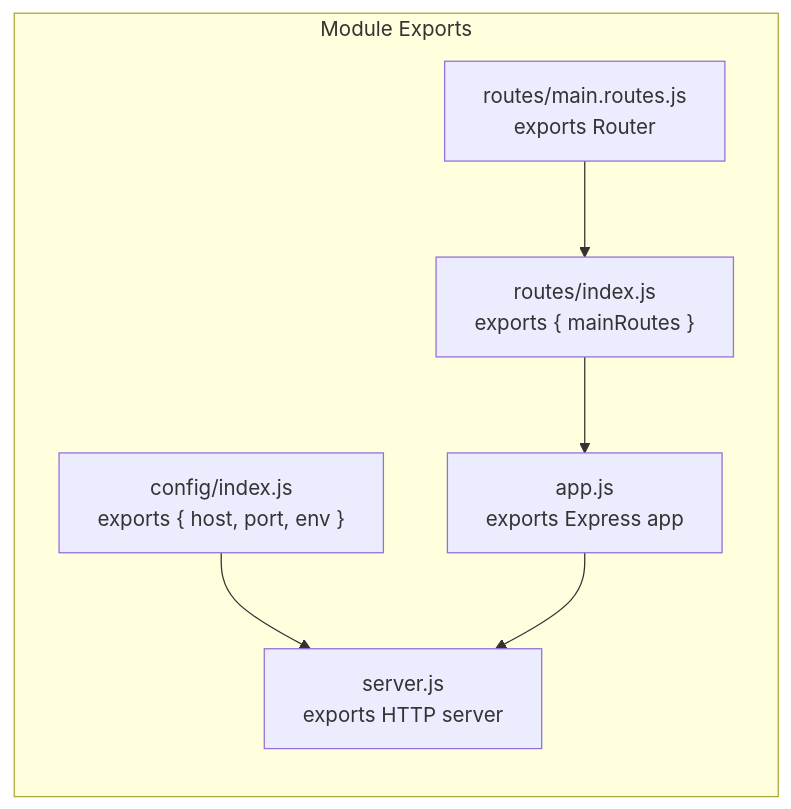
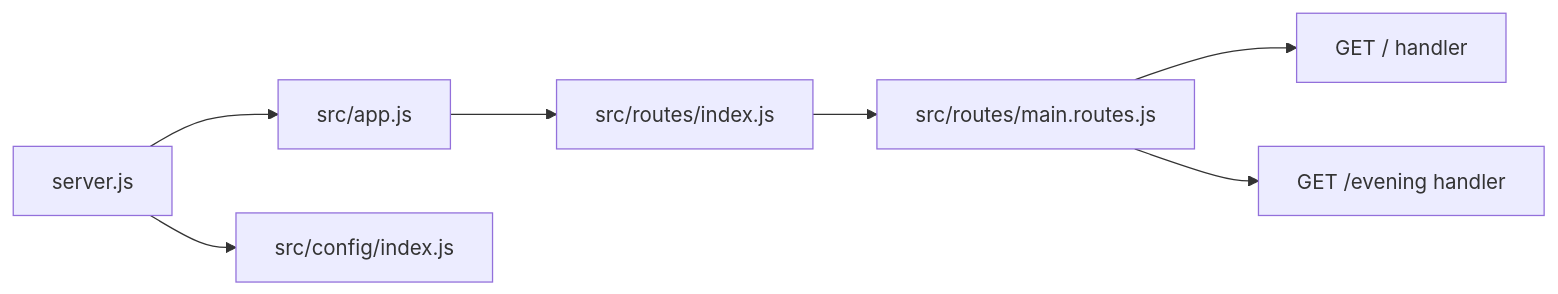
Before and after one commit to sudhanshu-spec/test-spec: the diagram in blitzy/documentation/Technical Specifications.md, drawn with Mermaid. The commit also changed other lines of this file, not shown here.

````diff
--- a/blitzy/documentation/Technical Specifications.md
+++ b/blitzy/documentation/Technical Specifications.md
@@ -336,15 +259,9 @@
 ```mermaid
-flowchart LR
-    subgraph Exports["Module Exports"]
-        Config["config/index.js\nexports { host, port, env }"]
-        MainRoutes["routes/main.routes.js\nexports Router"]
-        RouteIndex["routes/index.js\nexports { mainRoutes }"]
-        App["app.js\nexports Express app"]
-        Server["server.js\nexports HTTP server"]
-    end
-    
-    MainRoutes --> RouteIndex
-    RouteIndex --> App
-    Config --> Server
-    App --> Server
+graph LR
+    A[server.js] --> B[src/app.js]
+    B --> C[src/routes/index.js]
+    C --> D[src/routes/main.routes.js]
+    A --> E[src/config/index.js]
+    D --> F["GET / handler"]
+    D --> G["GET /evening handler"]
 ```
````
